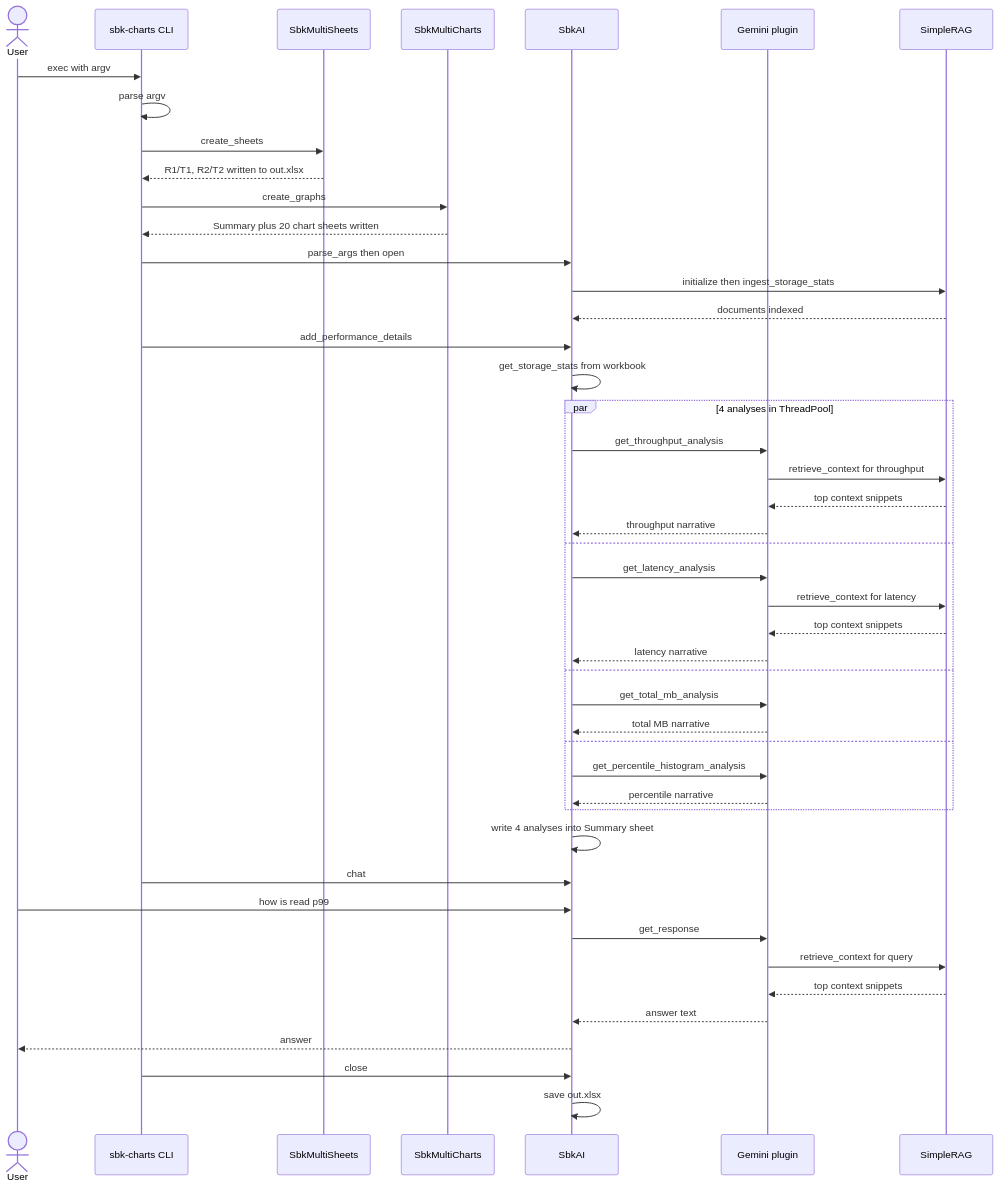
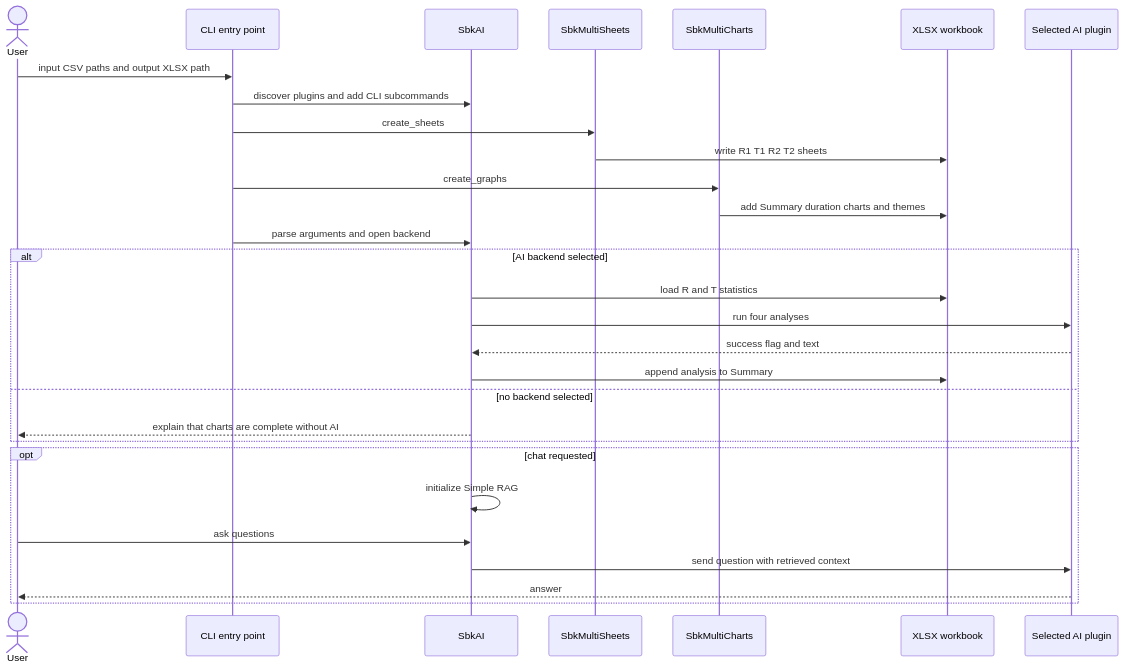
Before and after one commit to kmgowda/sbk-charts: the second of 8 diagrams in docs/ARCHITECTURE.md, drawn with Mermaid. The commit also changed other lines of this file and 22 other files, not shown here.

Commit message:
Document sbk-charts from usage through internals

````diff
--- a/docs/ARCHITECTURE.md
+++ b/docs/ARCHITECTURE.md
@@ -429,51 +54,32 @@
 ```mermaid
 sequenceDiagram
     actor User
-    participant CLI as sbk-charts CLI
-    participant SH as SbkMultiSheets
-    participant CH as SbkMultiCharts
+    participant Main as CLI entry point
     participant AI as SbkAI
-    participant PL as Gemini plugin
-    participant RAG as SimpleRAG
+    participant Sheets as SbkMultiSheets
+    participant Charts as SbkMultiCharts
+    participant Book as XLSX workbook
+    participant Plugin as Selected AI plugin
 
-    User->>CLI: exec with argv
-    CLI->>CLI: parse argv
-    CLI->>SH: create_sheets
-    SH-->>CLI: R1/T1, R2/T2 written to out.xlsx
-    CLI->>CH: create_graphs
-    CH-->>CLI: Summary plus 20 chart sheets written
-    CLI->>AI: parse_args then open
-    AI->>RAG: initialize then ingest_storage_stats
-    RAG-->>AI: documents indexed
-    CLI->>AI: add_performance_details
-    AI->>AI: get_storage_stats from workbook
-
-    par 4 analyses in ThreadPool
-        AI->>PL: get_throughput_analysis
-        PL->>RAG: retrieve_context for throughput
-        RAG-->>PL: top context snippets
-        PL-->>AI: throughput narrative
-    and
-        AI->>PL: get_latency_analysis
-        PL->>RAG: retrieve_context for latency
-        RAG-->>PL: top context snippets
-        PL-->>AI: latency narrative
-    and
-        AI->>PL: get_total_mb_analysis
-        PL-->>AI: total MB narrative
-    and
-        AI->>PL: get_percentile_histogram_analysis
-        PL-->>AI: percentile narrative
+    User->>Main: input CSV paths and output XLSX path
+    Main->>AI: discover plugins and add CLI subcommands
+    Main->>Sheets: create_sheets
+    Sheets->>Book: write R1 T1 R2 T2 sheets
+    Main->>Charts: create_graphs
+    Charts->>Book: add Summary duration charts and themes
+    Main->>AI: parse arguments and open backend
+    alt AI backend selected
+        AI->>Book: load R and T statistics
+        AI->>Plugin: run four analyses
+        Plugin-->>AI: success flag and text
+        AI->>Book: append analysis to Summary
+    else no backend selected
+        AI-->>User: explain that charts are complete without AI
     end
-
-    AI->>AI: write 4 analyses into Summary sheet
-    CLI->>AI: chat
-    User->>AI: how is read p99
-    AI->>PL: get_response
-    PL->>RAG: retrieve_context for query
-    RAG-->>PL: top context snippets
-    PL-->>AI: answer text
-    AI-->>User: answer
-    CLI->>AI: close
-    AI->>AI: save out.xlsx
+    opt chat requested
+        AI->>AI: initialize Simple RAG
+        User->>AI: ask questions
+        AI->>Plugin: send question with retrieved context
+        Plugin-->>User: answer
+    end
 ```
````
